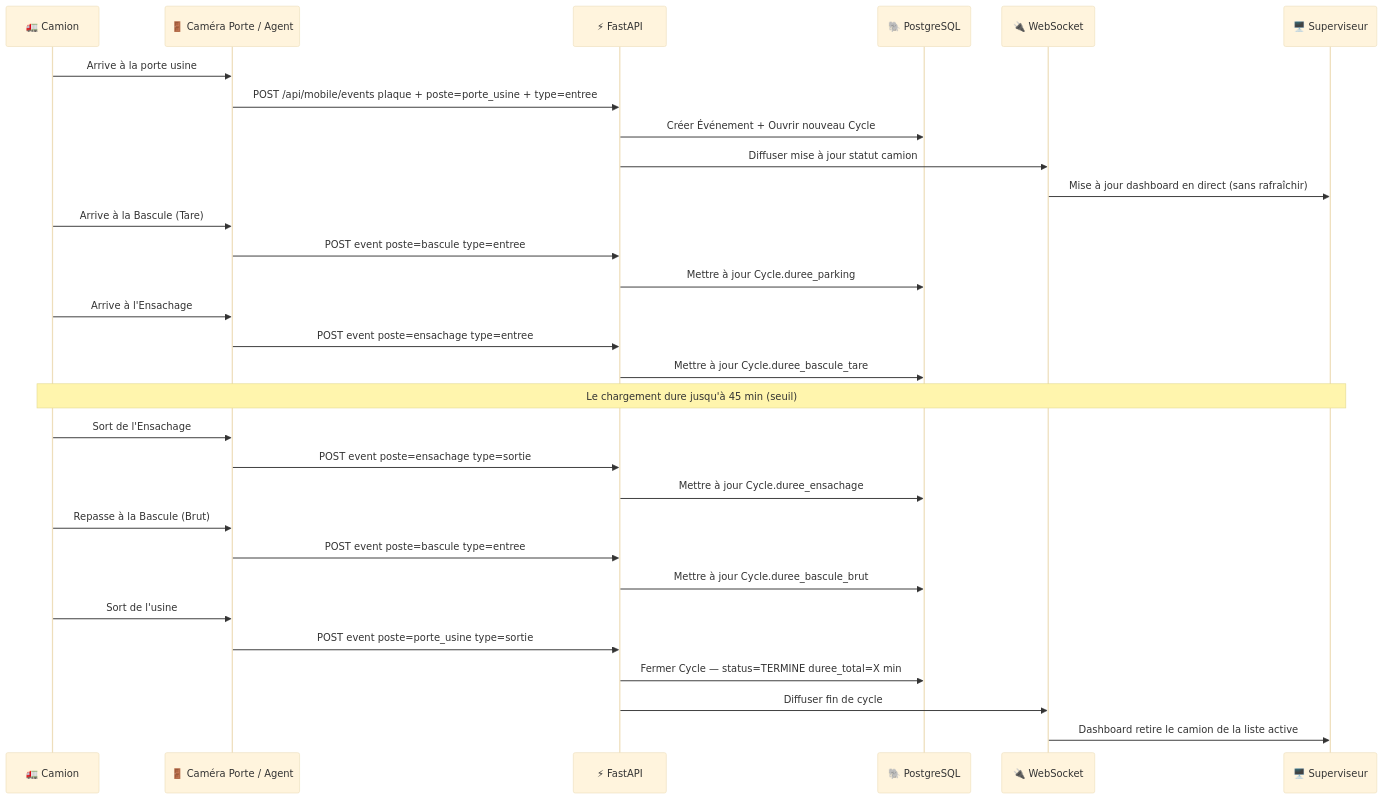
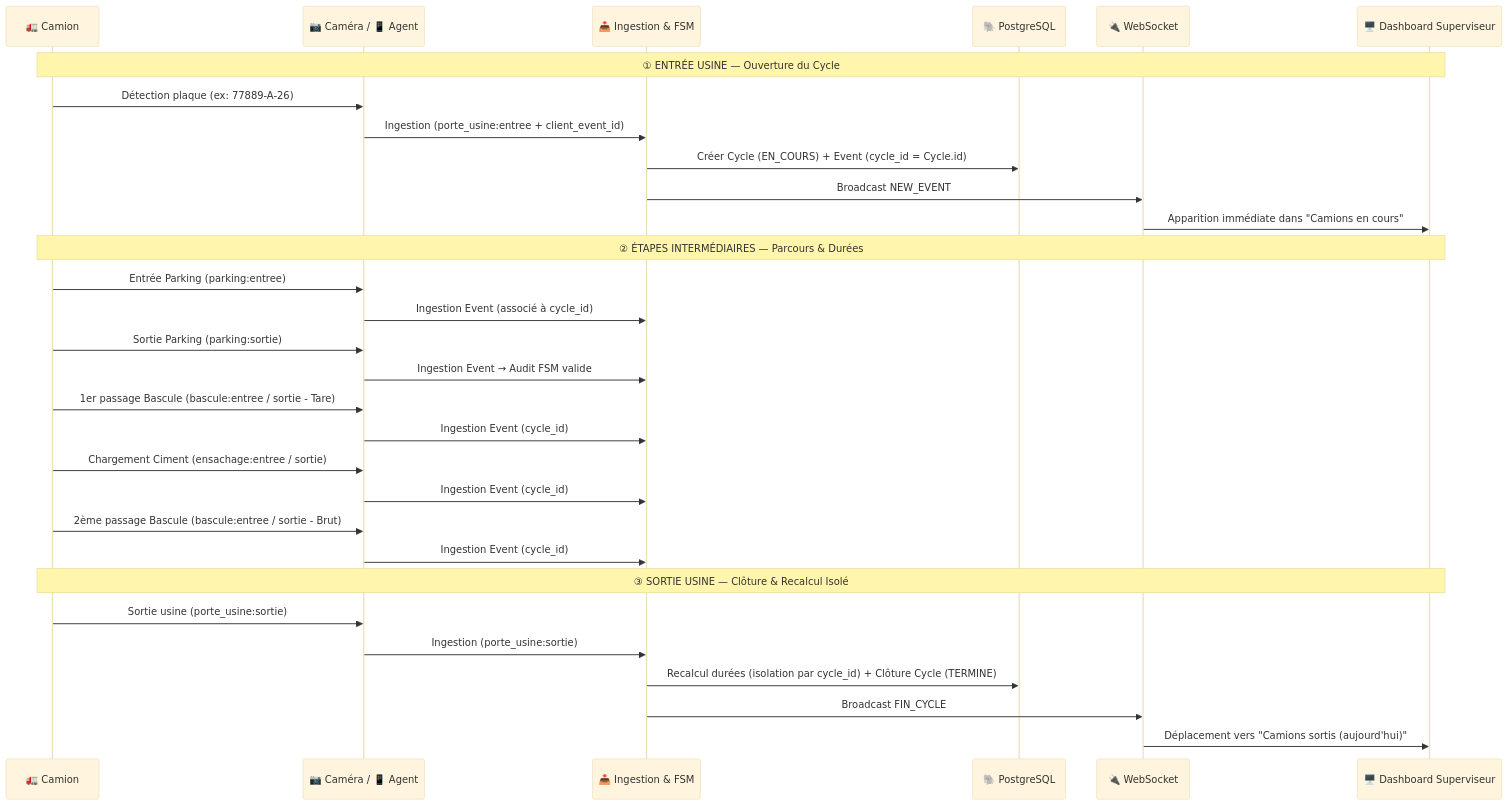
One commit to samya818/smart-plant-truck-tracker changed the second of 5 diagrams in README.md. Above: the diagram before and after it, drawn with Mermaid (base theme). The commit also changed other lines of this file, not shown here.

Commit message:
docs: update Mermaid diagrams (Sequence, FSM state diagram, ERD with cycle_id) and document 7 industrial robustness invariants

````diff
--- a/README.md
+++ b/README.md
@@ -180,39 +180,38 @@
 ```mermaid
 sequenceDiagram
     participant T as 🚛 Camion
-    participant G as 🚪 Caméra Porte / Agent
-    participant API as ⚡ FastAPI
+    participant Cap as 📷 Caméra / 📱 Agent
+    participant Svc as 📥 Ingestion & FSM
     participant DB as 🐘 PostgreSQL
     participant WS as 🔌 WebSocket
-    participant S as 🖥️ Superviseur
+    participant UI as 🖥️ Dashboard Superviseur
 
-    T->>G: Arrive à la porte usine
-    G->>API: POST /api/mobile/events plaque + poste=porte_usine + type=entree
-    API->>DB: Créer Événement + Ouvrir nouveau Cycle
-    API->>WS: Diffuser mise à jour statut camion
-    WS->>S: Mise à jour dashboard en direct (sans rafraîchir)
+    Note over T,UI: ① ENTRÉE USINE — Ouverture du Cycle
+    T->>Cap: Détection plaque (ex: 77889-A-26)
+    Cap->>Svc: Ingestion (porte_usine:entree + client_event_id)
+    Svc->>DB: Créer Cycle (EN_COURS) + Event (cycle_id = Cycle.id)
+    Svc->>WS: Broadcast NEW_EVENT
+    WS->>UI: Apparition immédiate dans "Camions en cours"
 
-    T->>G: Arrive à la Bascule (Tare)
-    G->>API: POST event poste=bascule type=entree
-    API->>DB: Mettre à jour Cycle.duree_parking
+    Note over T,UI: ② ÉTAPES INTERMÉDIAIRES — Parcours & Durées
+    T->>Cap: Entrée Parking (parking:entree)
+    Cap->>Svc: Ingestion Event (associé à cycle_id)
+    T->>Cap: Sortie Parking (parking:sortie)
+    Cap->>Svc: Ingestion Event → Audit FSM valide
+    
+    T->>Cap: 1er passage Bascule (bascule:entree / sortie - Tare)
+    Cap->>Svc: Ingestion Event (cycle_id)
+    
+    T->>Cap: Chargement Ciment (ensachage:entree / sortie)
+    Cap->>Svc: Ingestion Event (cycle_id)
 
-    T->>G: Arrive à l'Ensachage
-    G->>API: POST event poste=ensachage type=entree
-    API->>DB: Mettre à jour Cycle.duree_bascule_tare
+    T->>Cap: 2ème passage Bascule (bascule:entree / sortie - Brut)
+    Cap->>Svc: Ingestion Event (cycle_id)
 
-    Note over T,S: Le chargement dure jusqu'à 45 min (seuil)
-
-    T->>G: Sort de l'Ensachage
-    G->>API: POST event poste=ensachage type=sortie
-    API->>DB: Mettre à jour Cycle.duree_ensachage
-
-    T->>G: Repasse à la Bascule (Brut)
-    G->>API: POST event poste=bascule type=entree
-    API->>DB: Mettre à jour Cycle.duree_bascule_brut
-
-    T->>G: Sort de l'usine
-    G->>API: POST event poste=porte_usine type=sortie
-    API->>DB: Fermer Cycle — status=TERMINE duree_total=X min
-    API->>WS: Diffuser fin de cycle
-    WS->>S: Dashboard retire le camion de la liste active
+    Note over T,UI: ③ SORTIE USINE — Clôture & Recalcul Isolé
+    T->>Cap: Sortie usine (porte_usine:sortie)
+    Cap->>Svc: Ingestion (porte_usine:sortie)
+    Svc->>DB: Recalcul durées (isolation par cycle_id) + Clôture Cycle (TERMINE)
+    Svc->>WS: Broadcast FIN_CYCLE
+    WS->>UI: Déplacement vers "Camions sortis (aujourd'hui)"
 ```
````
